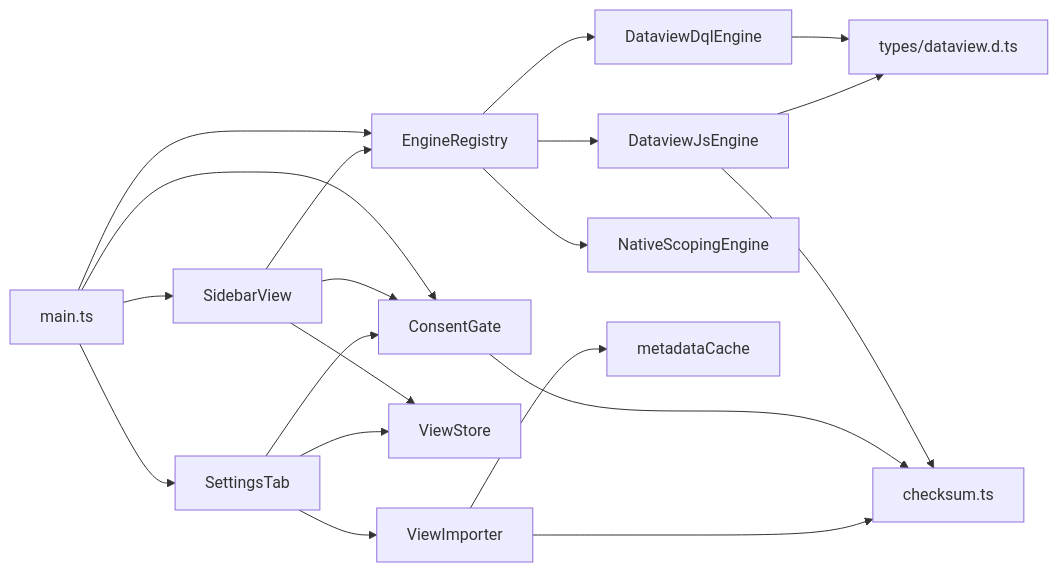
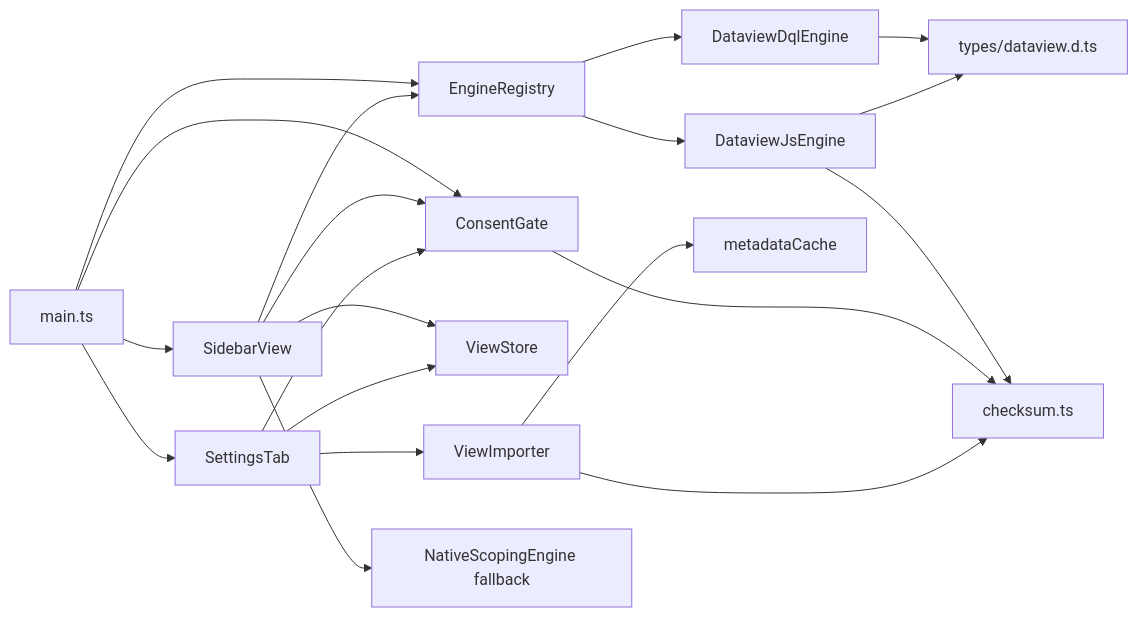
One commit to MMoMM-org/obsidian-story-forge changed the second of 7 diagrams in docs/XDD/specs/002-query-engine-dataview/solution.md. Above: the diagram before and after it, drawn with Mermaid. The commit also changed other lines of this file, not shown here.

First line of the commit message:
docs(spec): M2 SDD — clarify source/query read + native fallback

````diff
--- a/docs/XDD/specs/002-query-engine-dataview/solution.md
+++ b/docs/XDD/specs/002-query-engine-dataview/solution.md
@@ -197,22 +197,22 @@
 ```mermaid
 graph LR
     Main[main.ts] --> ER[EngineRegistry]
     Main --> CG[ConsentGate]
     Main --> SV[SidebarView]
     Main --> ST[SettingsTab]
     SV --> ER
     SV --> CG
     SV --> VS[ViewStore]
     ST --> VS
     ST --> CG
     ST --> VI[ViewImporter]
+    SV --> NAT[NativeScopingEngine fallback]
     ER --> DQL[DataviewDqlEngine]
     ER --> DVJ[DataviewJsEngine]
-    ER --> NAT[NativeScopingEngine]
     DVJ --> CS[checksum.ts]
     CG --> CS
     VI --> CS
     VI --> MC[metadataCache]
     DQL --> DT[types/dataview.d.ts]
     DVJ --> DT
 ```
````
